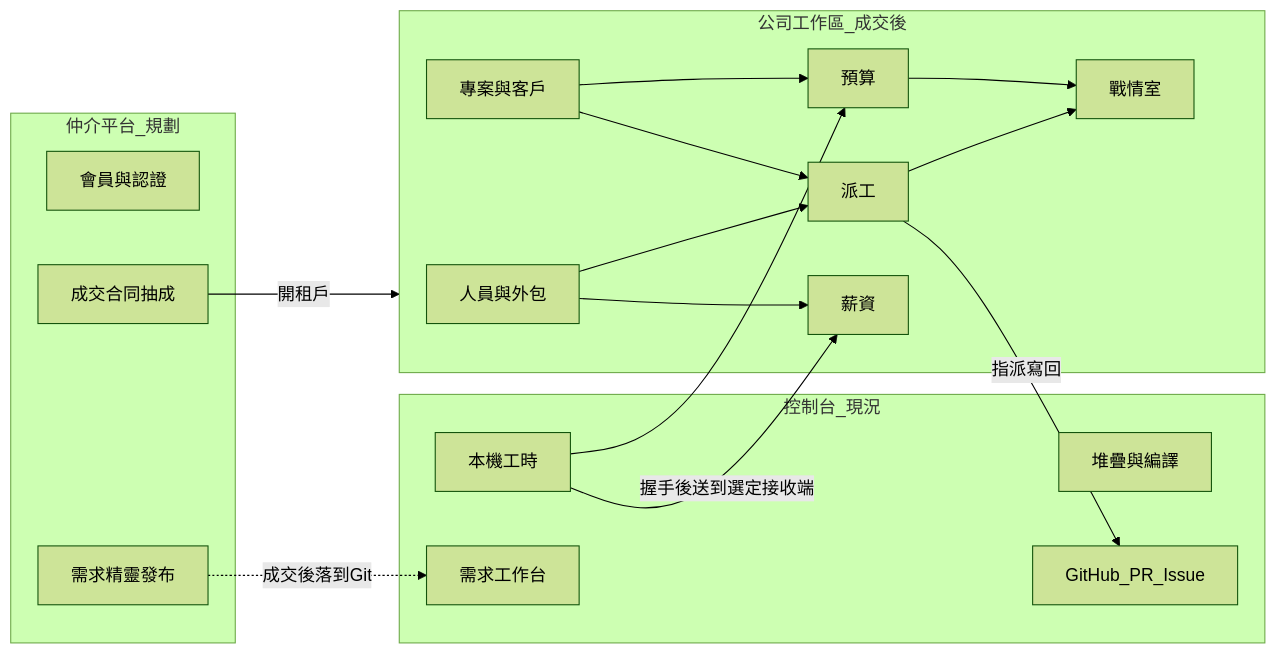
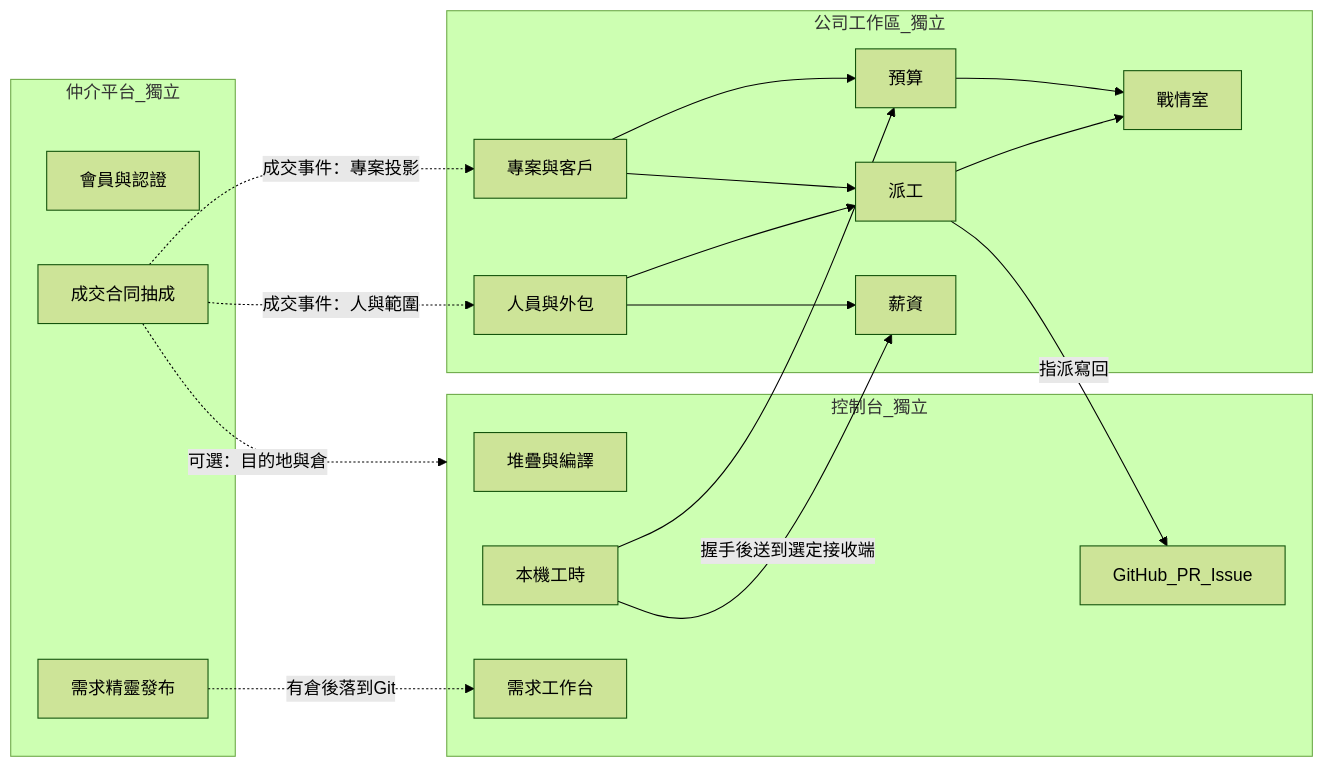
One commit to sjvann/AI_Project_Console changed the diagram in docs/product/spec.md. Above: the diagram before and after it, drawn with Mermaid (forest theme). The commit also changed other lines of this file and 31 other files, not shown here.

````diff
--- a/docs/product/spec.md
+++ b/docs/product/spec.md
@@ -13,33 +15,35 @@
 ```mermaid
 flowchart LR
-  subgraph market [仲介平台_規劃]
+  subgraph market [仲介平台_獨立]
     Members[會員與認證]
     Listings[需求精靈發布]
     Deal[成交合同抽成]
   end
-  subgraph console [控制台_現況]
+  subgraph console [控制台_獨立]
     Stack[堆疊與編譯]
     Gh[GitHub_PR_Issue]
     Hours[本機工時]
     Intake[需求工作台]
   end
-  subgraph workspace [公司工作區_成交後]
+  subgraph workspace [公司工作區_獨立]
     People[人員與外包]
     Dispatch[派工]
     Projects[專案與客戶]
     Budget[預算]
     Payroll[薪資]
     WarRoom[戰情室]
   end
-  Deal -->|開租戶| workspace
-  Listings -.->|成交後落到Git| Intake
+  Deal -.->|成交事件：人與範圍| People
+  Deal -.->|成交事件：專案投影| Projects
+  Deal -.->|可選：目的地與倉| console
+  Listings -.->|有倉後落到Git| Intake
   Hours -->|握手後送到選定接收端| Payroll
   Hours --> Budget
   Dispatch -->|指派寫回| Gh
   Projects --> Dispatch
   People --> Dispatch
   People --> Payroll
   Projects --> Budget
   Budget --> WarRoom
   Dispatch --> WarRoom
 ```
````
